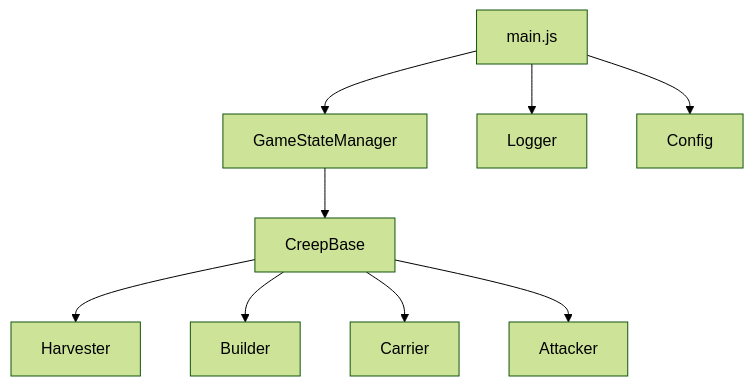
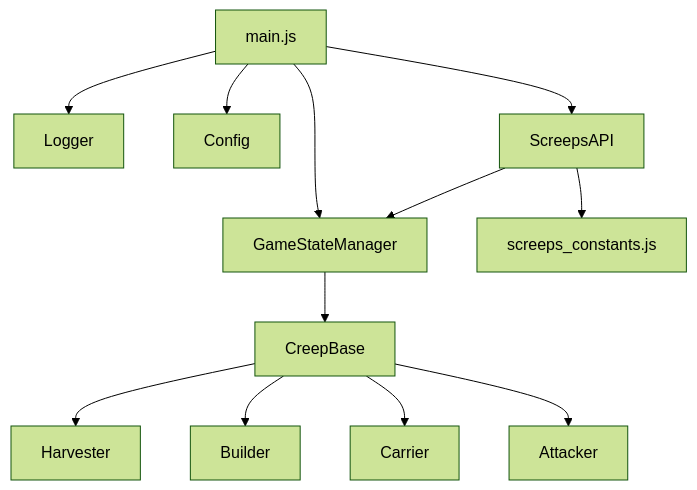
The first of 10 diagrams in architecture.md (ekolvah/screeps), drawn with Mermaid (forest theme) before and after one commit. The commit also changed other lines of this file and 1 other file, not shown here.

````diff
--- a/architecture.md
+++ b/architecture.md
@@ -5,11 +5,14 @@
 ```mermaid
 graph TD
     A[main.js] --> B[GameStateManager]
     A --> C[Logger]
     A --> D[Config]
-    B --> E[CreepBase]
-    E --> F[Harvester]
-    E --> G[Builder]
-    E --> H[Carrier]
-    E --> I[Attacker]
+    A --> E[ScreepsAPI]
+    B --> F[CreepBase]
+    E --> B
+    E --> G[screeps_constants.js]
+    F --> H[Harvester]
+    F --> I[Builder]
+    F --> J[Carrier]
+    F --> K[Attacker]
 ```
````
